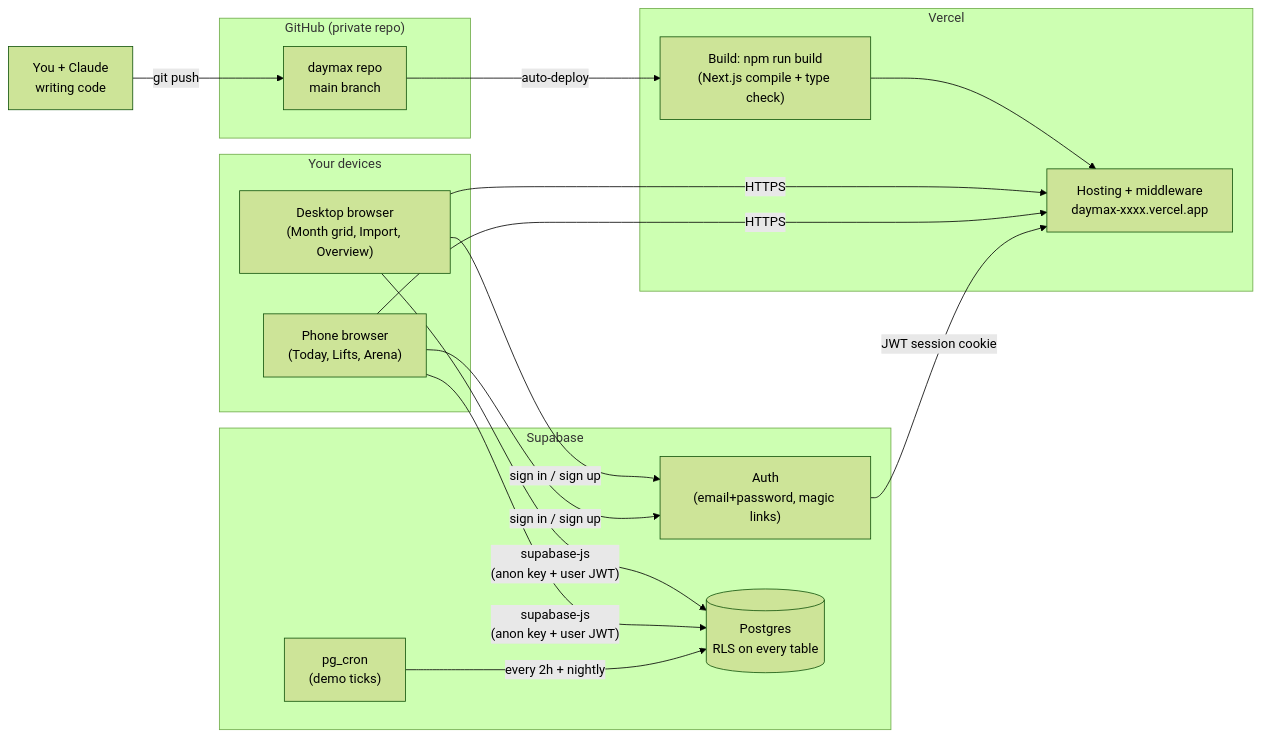
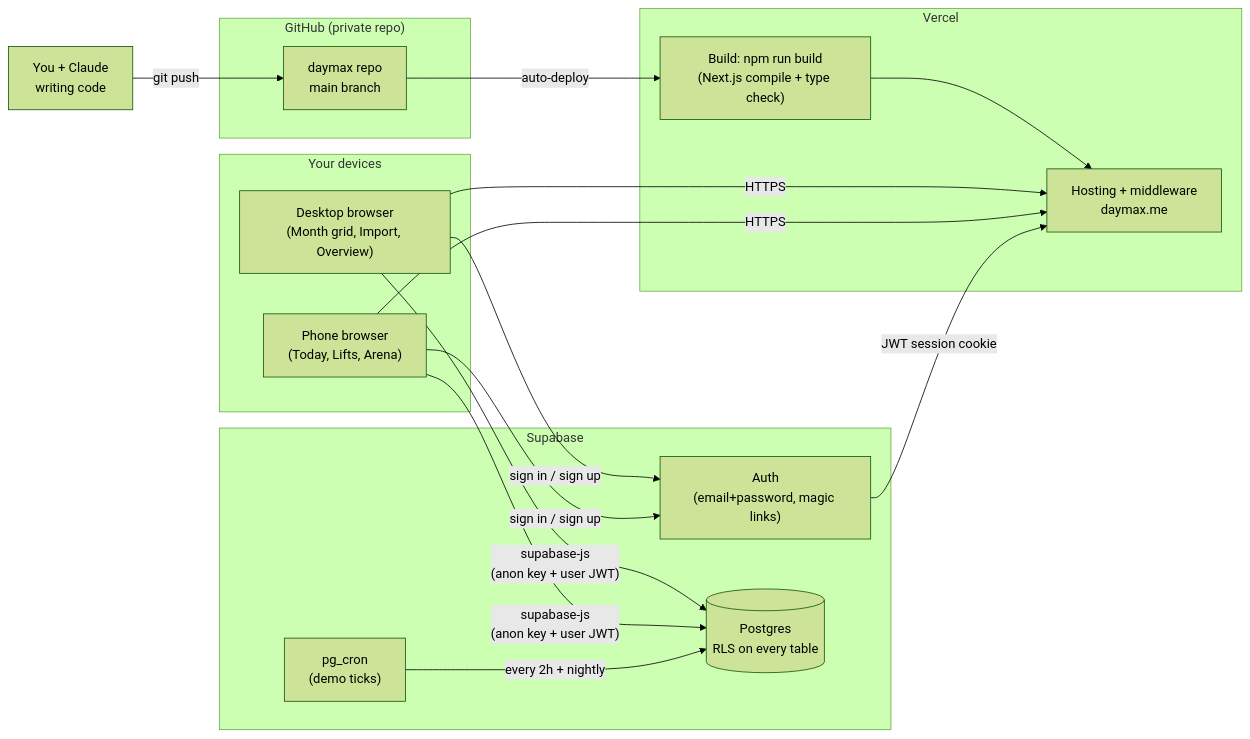
Before and after one commit to johnpaul-ong/DayMax: the first of 6 diagrams in docs/SYSTEM_MAP.md, drawn with Mermaid (forest theme). The commit also changed other lines of this file and 3 other files, not shown here.

````diff
--- a/docs/SYSTEM_MAP.md
+++ b/docs/SYSTEM_MAP.md
@@ -11,26 +11,26 @@
 ```mermaid
 flowchart LR
   subgraph You["Your devices"]
     desktop["Desktop browser<br/>(Month grid, Import, Overview)"]
     phone["Phone browser<br/>(Today, Lifts, Arena)"]
   end
   subgraph GitHub["GitHub (private repo)"]
     repo["daymax repo<br/>main branch"]
   end
   subgraph Vercel["Vercel"]
     build["Build: npm run build<br/>(Next.js compile + type check)"]
-    edge["Hosting + middleware<br/>daymax-xxxx.vercel.app"]
+    edge["Hosting + middleware<br/>daymax.me"]
   end
   subgraph Supabase["Supabase"]
     auth["Auth<br/>(email+password, magic links)"]
     pg[("Postgres<br/>RLS on every table")]
     cron["pg_cron<br/>(demo ticks)"]
   end
   dev["You + Claude<br/>writing code"] -->|git push| repo
   repo -->|auto-deploy| build --> edge
   desktop & phone -->|HTTPS| edge
   desktop & phone -->|"supabase-js<br/>(anon key + user JWT)"| pg
   desktop & phone -->|sign in / sign up| auth
   auth -->|JWT session cookie| edge
   cron -->|every 2h + nightly| pg
 ```
````
